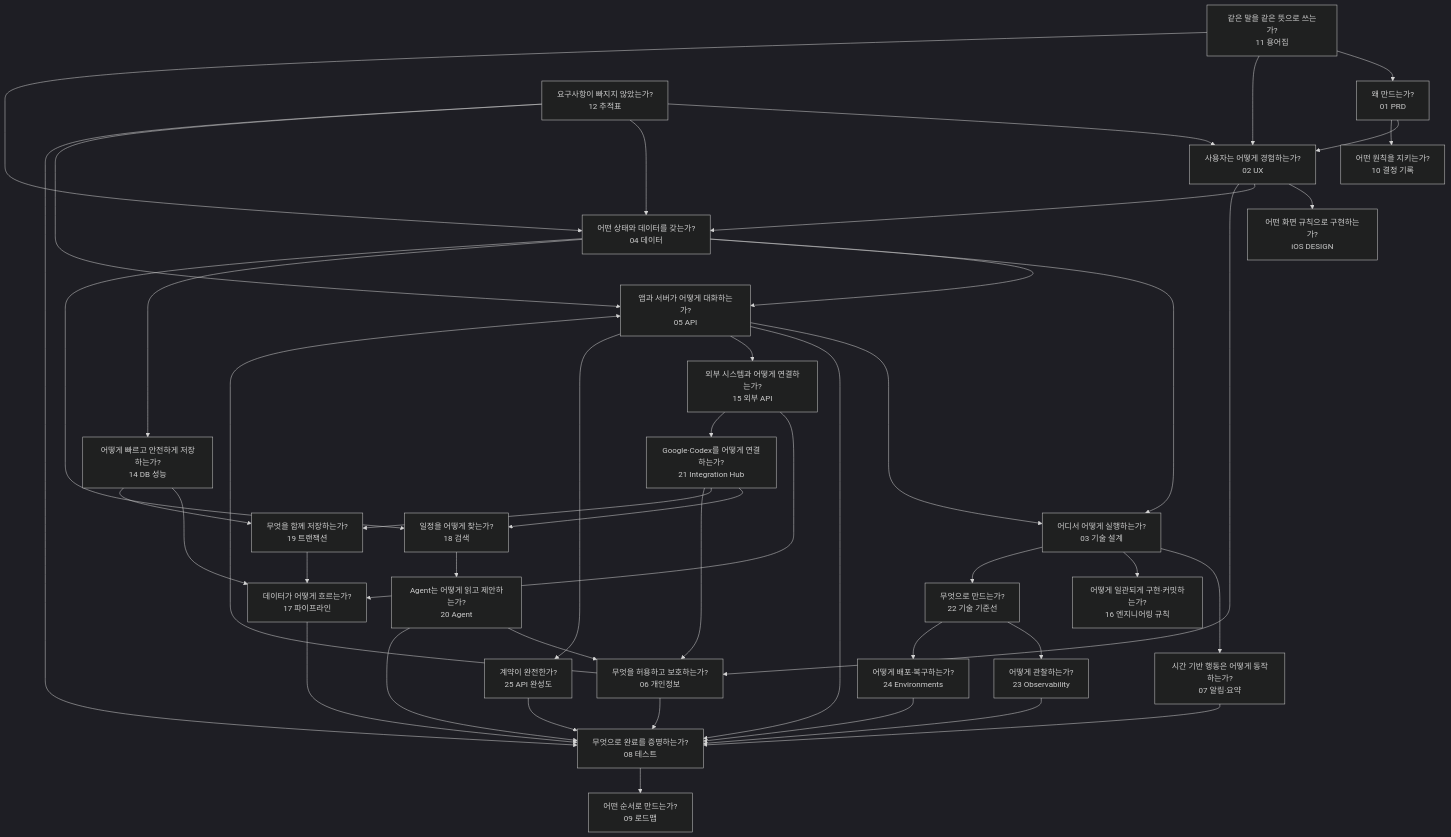
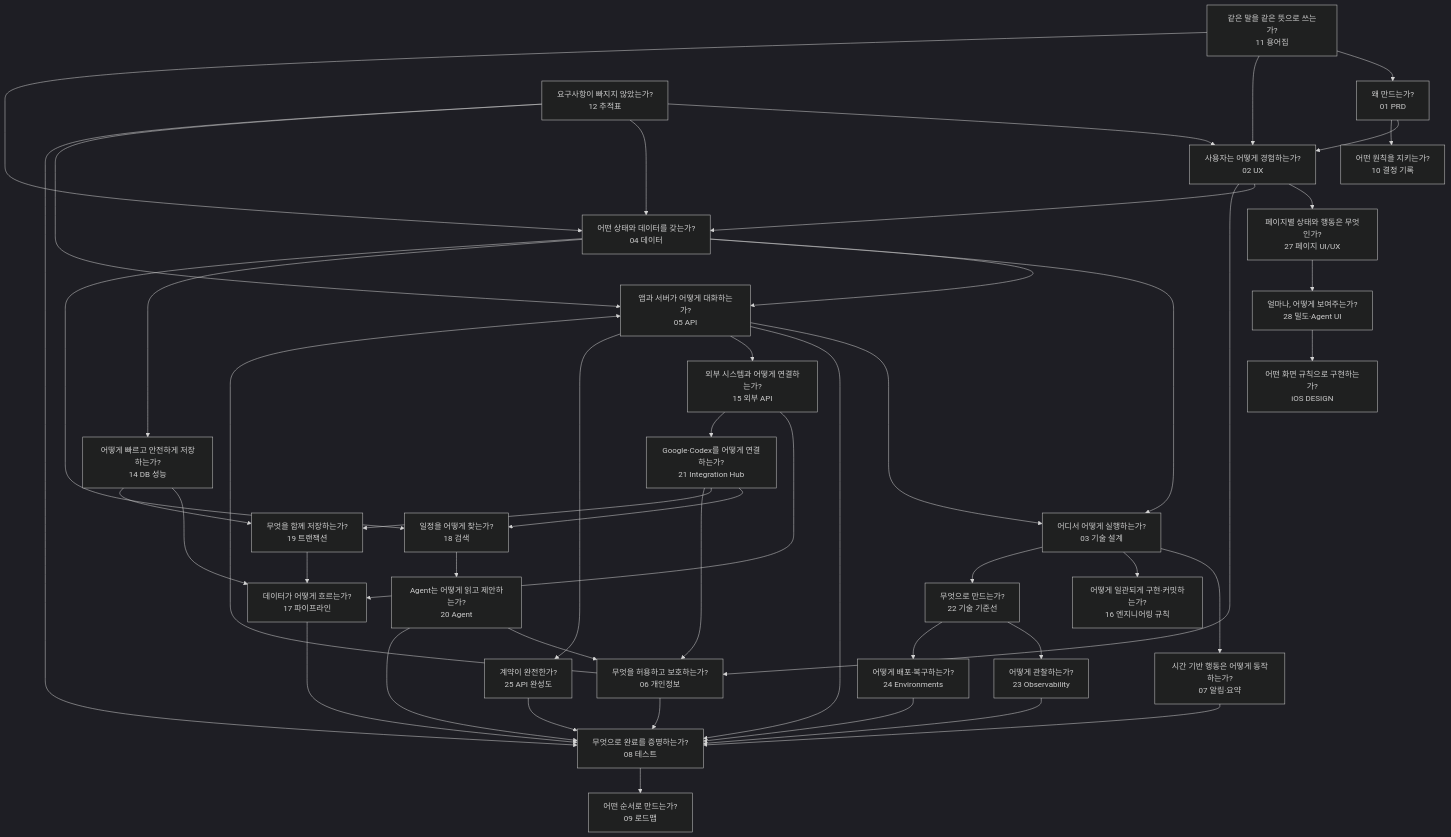
The diagram in docs/00-product-brain-map.md (leebeanbin/memdo), drawn with Mermaid (dark theme) before and after one commit. The commit also changed other lines of this file and 4 other files, not shown here.

Commit message:
docs: codify density and agent interface rules

````diff
--- a/docs/00-product-brain-map.md
+++ b/docs/00-product-brain-map.md
@@ -7,47 +7,49 @@
 ```mermaid
 flowchart TD
     V["왜 만드는가?<br/>01 PRD"] --> UX["사용자는 어떻게 경험하는가?<br/>02 UX"]
-    UX --> UI["어떤 화면 규칙으로 구현하는가?<br/>iOS DESIGN"]
+    UX --> PAGEUI["페이지별 상태와 행동은 무엇인가?<br/>27 페이지 UI/UX"]
+    PAGEUI --> DENSITY["얼마나, 어떻게 보여주는가?<br/>28 밀도·Agent UI"]
+    DENSITY --> UI["어떤 화면 규칙으로 구현하는가?<br/>iOS DESIGN"]
     V --> DEC["어떤 원칙을 지키는가?<br/>10 결정 기록"]
     UX --> DATA["어떤 상태와 데이터를 갖는가?<br/>04 데이터"]
     UX --> POLICY["무엇을 허용하고 보호하는가?<br/>06 개인정보"]
     DATA --> API["앱과 서버가 어떻게 대화하는가?<br/>05 API"]
     POLICY --> API
     API --> ARCH["어디서 어떻게 실행하는가?<br/>03 기술 설계"]
     DATA --> ARCH
     ARCH --> NOTI["시간 기반 행동은 어떻게 동작하는가?<br/>07 알림·요약"]
     NOTI --> TEST["무엇으로 완료를 증명하는가?<br/>08 테스트"]
     API --> TEST
     POLICY --> TEST
     TEST --> ROAD["어떤 순서로 만드는가?<br/>09 로드맵"]
     DATA --> DBPERF["어떻게 빠르고 안전하게 저장하는가?<br/>14 DB 성능"]
     API --> EXT["외부 시스템과 어떻게 연결하는가?<br/>15 외부 API"]
     DBPERF --> PIPE["데이터가 어떻게 흐르는가?<br/>17 파이프라인"]
     EXT --> PIPE
     ARCH --> ENG["어떻게 일관되게 구현·커밋하는가?<br/>16 엔지니어링 규칙"]
     PIPE --> TEST
     DATA --> SEARCH["일정을 어떻게 찾는가?<br/>18 검색"]
     SEARCH --> AGENT["Agent는 어떻게 읽고 제안하는가?<br/>20 Agent"]
     DBPERF --> TX["무엇을 함께 저장하는가?<br/>19 트랜잭션"]
     TX --> PIPE
     AGENT --> POLICY
     AGENT --> TEST
     EXT --> HUB["Google·Codex를 어떻게 연결하는가?<br/>21 Integration Hub"]
     HUB --> SEARCH
     HUB --> TX
     HUB --> POLICY
     ARCH --> STACK["무엇으로 만드는가?<br/>22 기술 기준선"]
     STACK --> OBS["어떻게 관찰하는가?<br/>23 Observability"]
     STACK --> DEPLOY["어떻게 배포·복구하는가?<br/>24 Environments"]
     API --> COMPLETE["계약이 완전한가?<br/>25 API 완성도"]
     COMPLETE --> TEST
     OBS --> TEST
     DEPLOY --> TEST
     TRACE["요구사항이 빠지지 않았는가?<br/>12 추적표"] --> UX
     TRACE --> DATA
     TRACE --> API
     TRACE --> TEST
     GLOSS["같은 말을 같은 뜻으로 쓰는가?<br/>11 용어집"] --> V
     GLOSS --> UX
     GLOSS --> DATA
 ```
````
